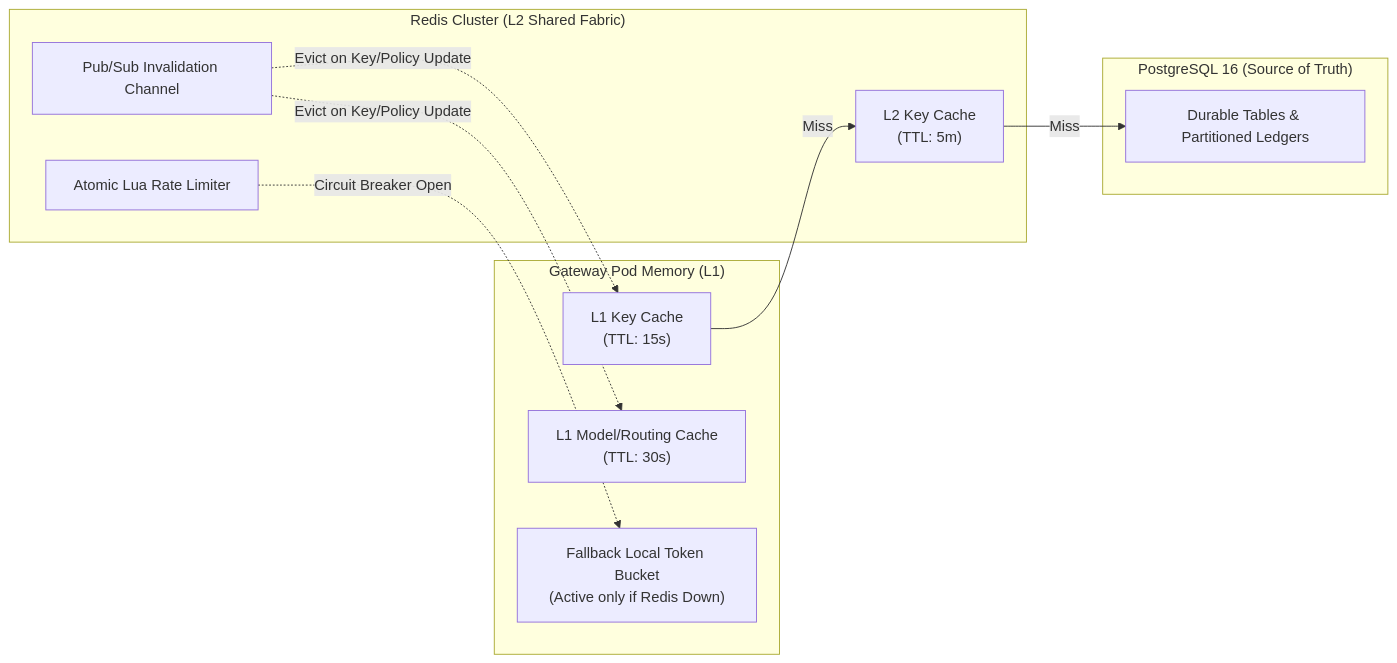
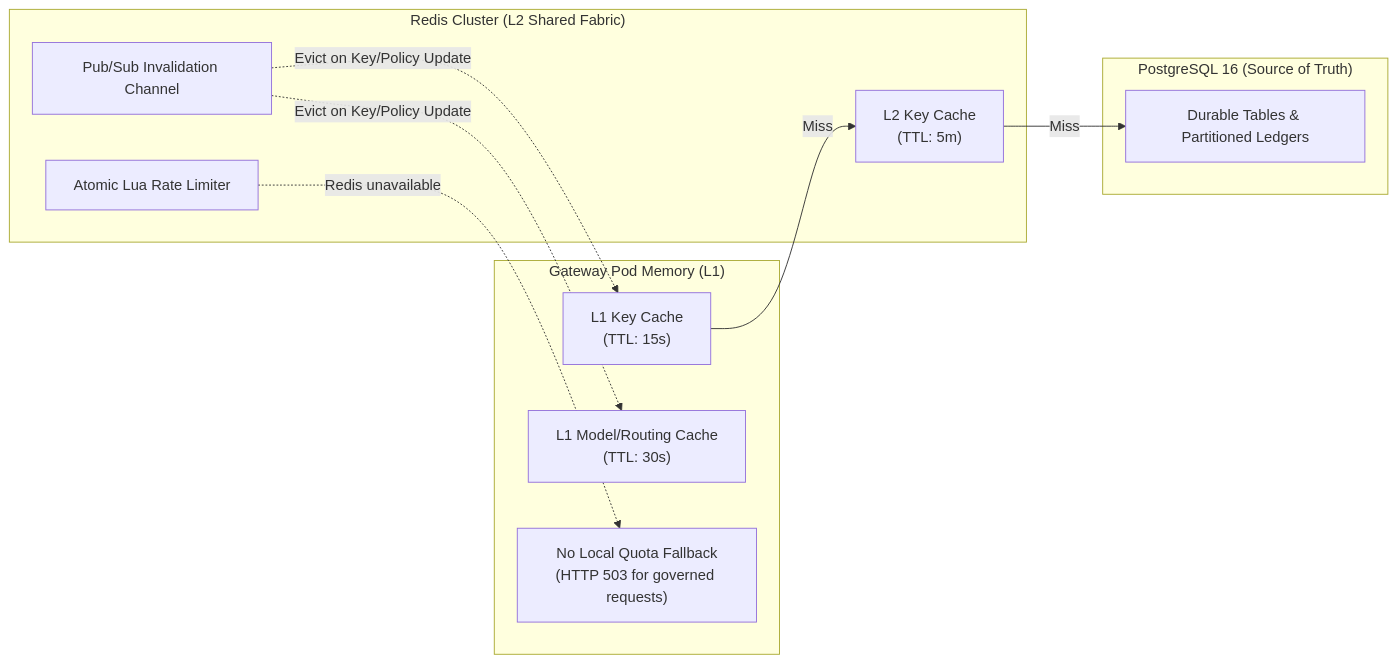
One commit to goroute-ai/ai-gateway-go changed the second of 6 diagrams in docs/ARCHITECTURE.md. Above: the diagram before and after it, drawn with Mermaid. The commit also changed other lines of this file and 16 other files, not shown here.

First line of the commit message:
Fail closed when Redis quota state is unavailable (#28)

````diff
--- a/docs/ARCHITECTURE.md
+++ b/docs/ARCHITECTURE.md
@@ -225,22 +225,22 @@
 ```mermaid
 flowchart LR
     subgraph Pod["Gateway Pod Memory (L1)"]
         L1Key["L1 Key Cache\n(TTL: 15s)"]
         L1Model["L1 Model/Routing Cache\n(TTL: 30s)"]
-        LocalRL["Fallback Local Token Bucket\n(Active only if Redis Down)"]
+        LocalRL["No Local Quota Fallback\n(HTTP 503 for governed requests)"]
     end
 
     subgraph RedisCluster["Redis Cluster (L2 Shared Fabric)"]
         L2Key["L2 Key Cache\n(TTL: 5m)"]
         LuaRL["Atomic Lua Rate Limiter"]
         PubSub["Pub/Sub Invalidation Channel"]
     end
 
     subgraph DB["PostgreSQL 16 (Source of Truth)"]
         PG["Durable Tables & Partitioned Ledgers"]
     end
 
     L1Key -->|Miss| L2Key -->|Miss| PG
     PubSub -.->|"Evict on Key/Policy Update"| L1Key & L1Model
-    LuaRL -.->|"Circuit Breaker Open"| LocalRL
+    LuaRL -.->|"Redis unavailable"| LocalRL
 ```
````
